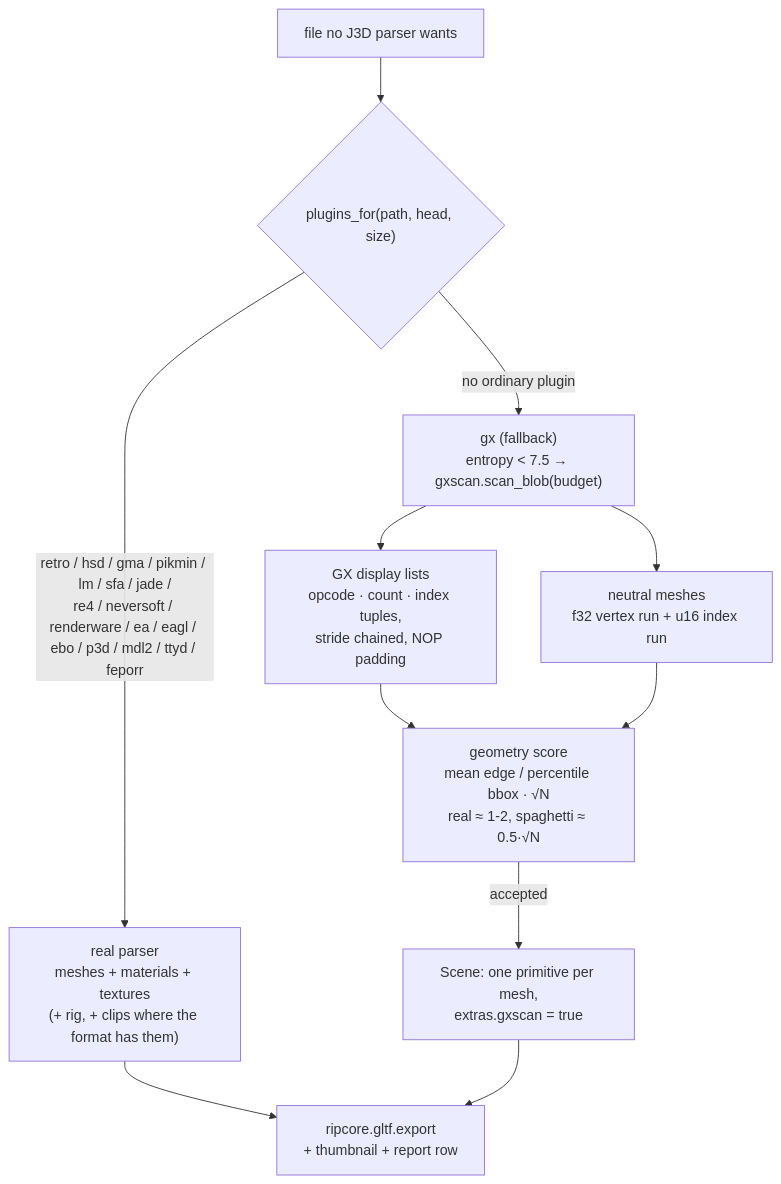
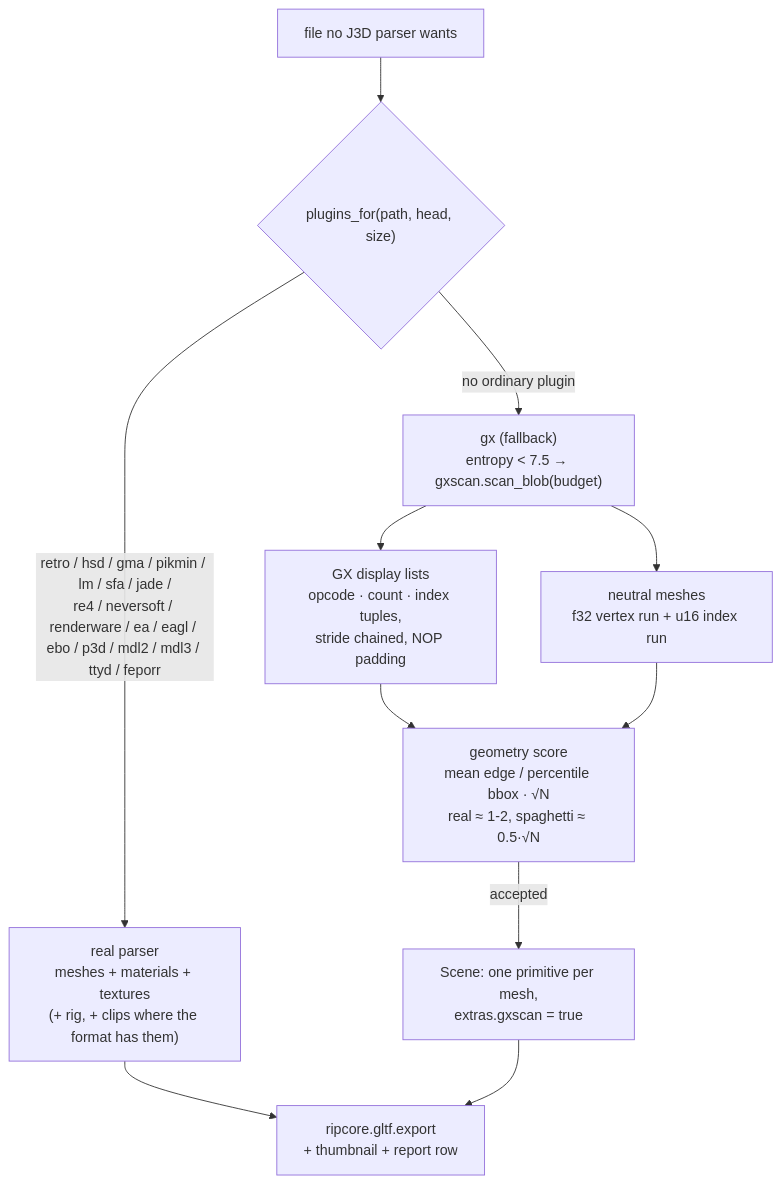
The eighth of 8 diagrams in docs/PIPELINE.md (Felbs/3d-ripper-9000), drawn with Mermaid before and after one commit. The commit also changed other lines of this file and 6 other files, not shown here.

First line of the commit message:
gcrip rkv/mdl3: RKV2 archives + Krome MDL3 models (.mdl tables + .mdg GX blocks, .tex textures) - Ty 2 / Ty 3 / Spyro ANB / King Arthur; Ty 2 = 2.1k models / 3.4M tris

````diff
--- a/docs/PIPELINE.md
+++ b/docs/PIPELINE.md
@@ -173,11 +173,11 @@
 ```mermaid
 flowchart TD
     F["file no J3D parser wants"] --> D{"plugins_for(path, head, size)"}
-    D -->|"retro / hsd / gma / pikmin / lm / sfa / jade /<br/>re4 / neversoft / renderware / ea / eagl / ebo / p3d / mdl2 / ttyd / feporr"| R["real parser<br/>meshes + materials + textures<br/>(+ rig, + clips where the format has them)"]
+    D -->|"retro / hsd / gma / pikmin / lm / sfa / jade /<br/>re4 / neversoft / renderware / ea / eagl / ebo / p3d / mdl2 / mdl3 / ttyd / feporr"| R["real parser<br/>meshes + materials + textures<br/>(+ rig, + clips where the format has them)"]
     D -->|"no ordinary plugin"| S["gx (fallback)<br/>entropy < 7.5 → gxscan.scan_blob(budget)"]
     S --> L["GX display lists<br/>opcode · count · index tuples,<br/>stride chained, NOP padding"]
     S --> N["neutral meshes<br/>f32 vertex run + u16 index run"]
     L & N --> SC["geometry score<br/>mean edge / percentile bbox · √N<br/>real ≈ 1-2, spaghetti ≈ 0.5·√N"]
     SC -->|"accepted"| M["Scene: one primitive per mesh,<br/>extras.gxscan = true"]
     R & M --> E["ripcore.gltf.export<br/>+ thumbnail + report row"]
 ```
````
